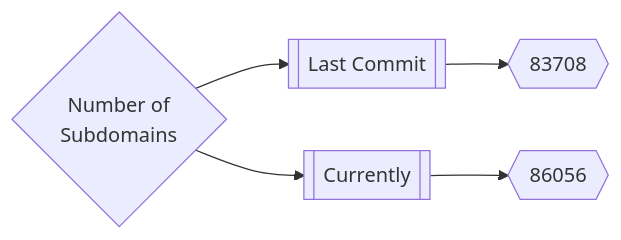
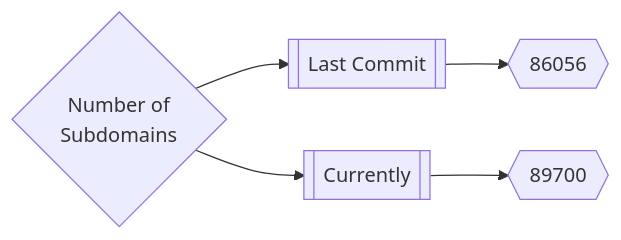
Before and after one commit to trickest/inventory: the first of 3 diagrams in README.md, drawn with Mermaid. The commit also changed other lines of this file, not shown here.

Commit message:
Update Mon Mar  7 16:57:24 UTC 2022

````diff
--- a/README.md
+++ b/README.md
@@ -165,5 +165,5 @@
 ```mermaid
 graph LR
-title{Number of<br>Subdomains} --> subdomainsDate1[[Last Commit]] --> subdomainsNum1{{83708}}
-title --> subdomainsDate2[[Currently]] --> subdomainsNum2{{86056}}
+title{Number of<br>Subdomains} --> subdomainsDate1[[Last Commit]] --> subdomainsNum1{{86056}}
+title --> subdomainsDate2[[Currently]] --> subdomainsNum2{{89700}}
 ```
````
